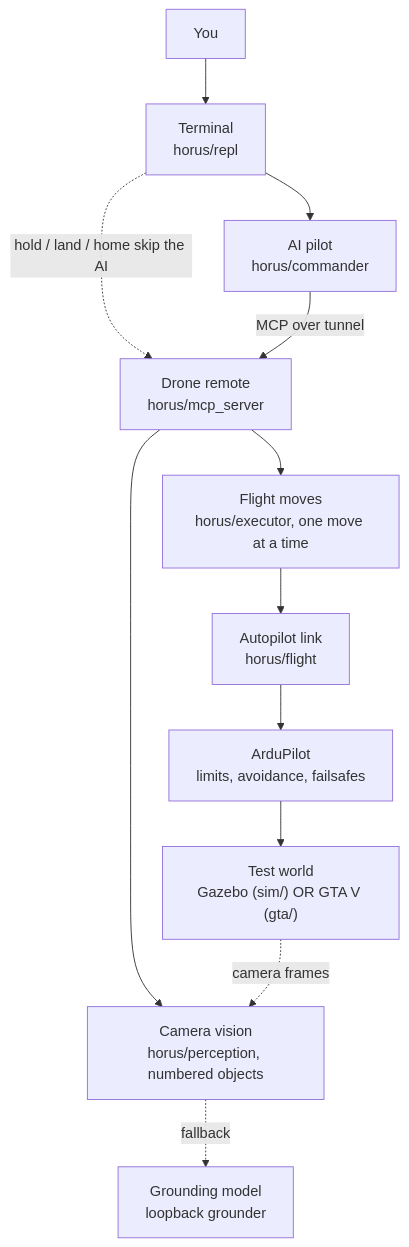
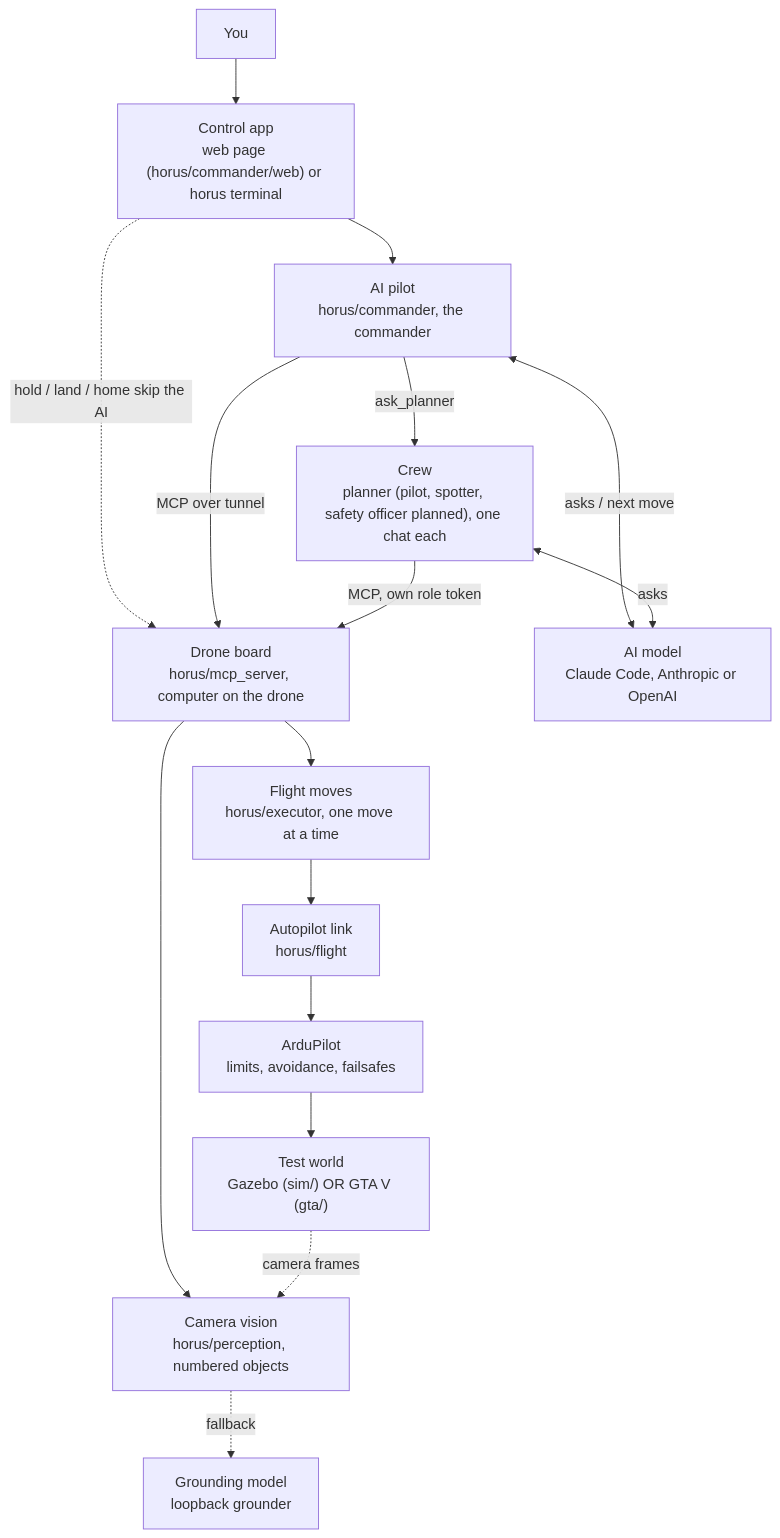
One commit to seros-cimenstein/horus-drone changed the first of 3 diagrams in HORUS — Design Document v2.md. Above: the diagram before and after it, drawn with Mermaid. The commit also changed other lines of this file and 107 other files, not shown here.

Commit message:
Sync working tree: commander web app, GTA gimbal/survey and map tiles, sim and test updates

````diff
--- a/HORUS — Design Document v2.md
+++ b/HORUS — Design Document v2.md
@@ -32,14 +32,18 @@
 ```mermaid
 flowchart TD
-  Y["You"] --> R["Terminal<br/>horus/repl"]
-  R --> C["AI pilot<br/>horus/commander"]
+  Y["You"] --> R["Control app<br/>web page (horus/commander/web) or horus terminal"]
+  R --> C["AI pilot<br/>horus/commander, the commander"]
+  C -->|ask_planner| K["Crew<br/>planner (pilot, spotter, safety officer planned), one chat each"]
   R -.hold / land / home skip the AI.-> M
-  C -->|MCP over tunnel| M["Drone remote<br/>horus/mcp_server"]
+  C <-->|asks / next move| LLM["AI model<br/>Claude Code, Anthropic or OpenAI"]
+  K <-->|asks| LLM
+  C -->|MCP over tunnel| M["Drone board<br/>horus/mcp_server, computer on the drone"]
+  K -->|MCP, own role token| M
   M --> E["Flight moves<br/>horus/executor, one move at a time"]
   M --> P["Camera vision<br/>horus/perception, numbered objects"]
   P -.fallback.-> G["Grounding model<br/>loopback grounder"]
   E --> L["Autopilot link<br/>horus/flight"]
   L --> A["ArduPilot<br/>limits, avoidance, failsafes"]
   A --> W["Test world<br/>Gazebo (sim/) OR GTA V (gta/)"]
   W -.camera frames.-> P
 ```
````
